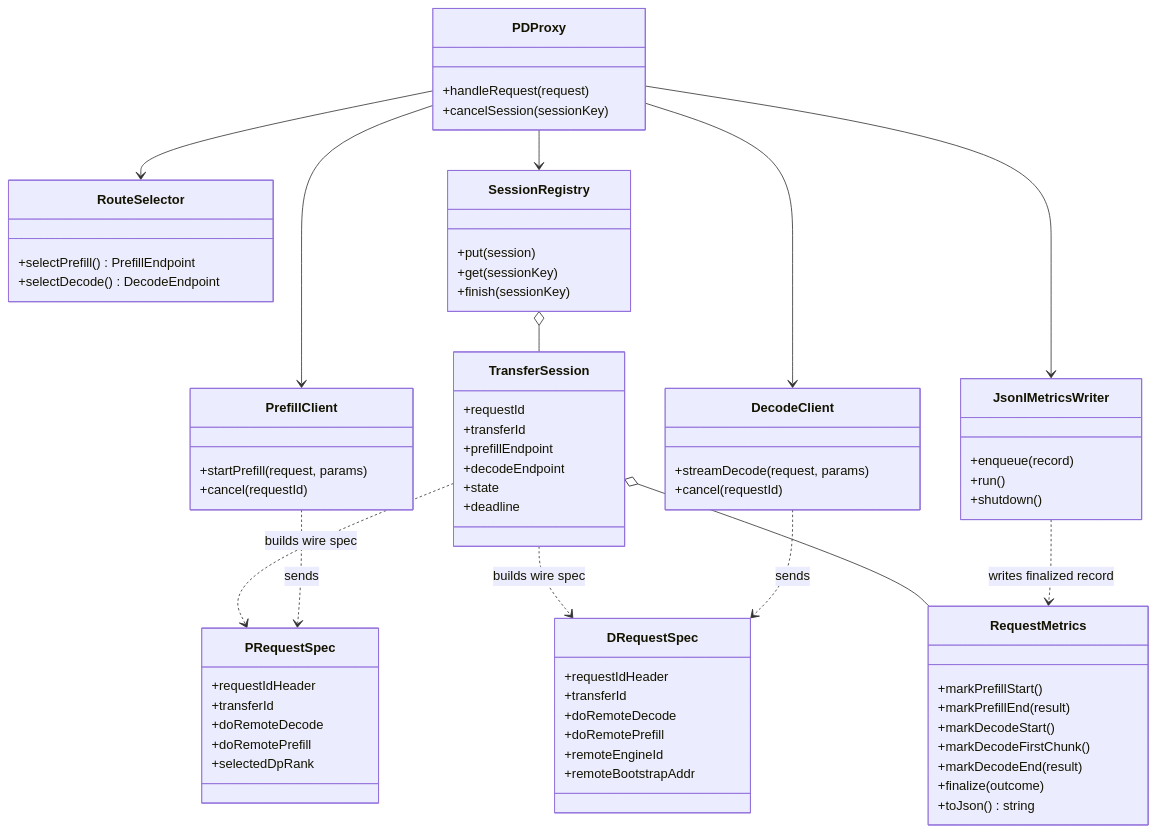
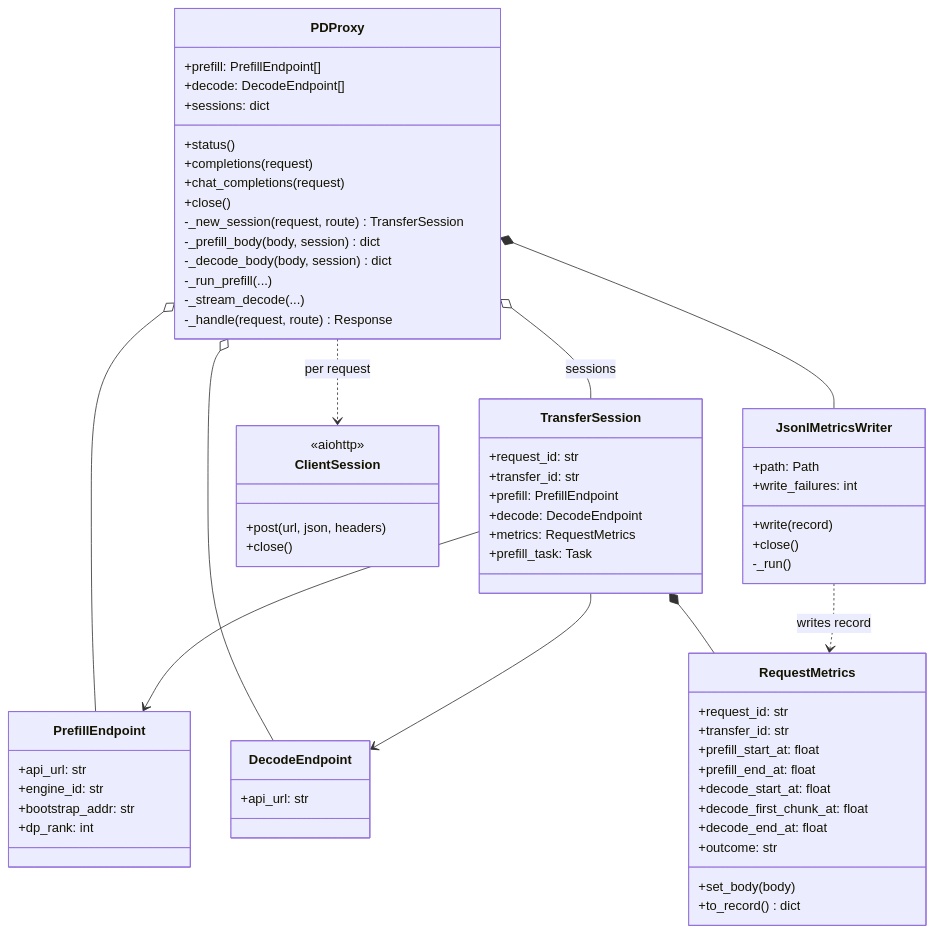
The first of 3 diagrams in docs/design/S01-proxy设计.md (WangSu-X/MTSC), drawn with Mermaid before and after one commit. The commit also changed other lines of this file and 18 other files, not shown here.

````diff
--- a/docs/design/S01-proxy设计.md
+++ b/docs/design/S01-proxy设计.md
@@ -21,74 +21,69 @@
 ```mermaid
 classDiagram
     class PDProxy {
-        +handleRequest(request)
-        +cancelSession(sessionKey)
-    }
-    class RouteSelector {
-        +selectPrefill() PrefillEndpoint
-        +selectDecode() DecodeEndpoint
+        +prefill: PrefillEndpoint[]
+        +decode: DecodeEndpoint[]
+        +sessions: dict
+        +status()
+        +completions(request)
+        +chat_completions(request)
+        +close()
+        -_new_session(request, route) TransferSession
+        -_prefill_body(body, session) dict
+        -_decode_body(body, session) dict
+        -_run_prefill(...)
+        -_stream_decode(...)
+        -_handle(request, route) Response
     }
     class TransferSession {
-        +requestId
-        +transferId
-        +prefillEndpoint
-        +decodeEndpoint
-        +state
-        +deadline
+        +request_id: str
+        +transfer_id: str
+        +prefill: PrefillEndpoint
+        +decode: DecodeEndpoint
+        +metrics: RequestMetrics
+        +prefill_task: Task
     }
-    class PRequestSpec {
-        +requestIdHeader
-        +transferId
-        +doRemoteDecode
-        +doRemotePrefill
-        +selectedDpRank
+    class PrefillEndpoint {
+        +api_url: str
+        +engine_id: str
+        +bootstrap_addr: str
+        +dp_rank: int
     }
-    class DRequestSpec {
-        +requestIdHeader
-        +transferId
-        +doRemoteDecode
-        +doRemotePrefill
-        +remoteEngineId
-        +remoteBootstrapAddr
-    }
-    class SessionRegistry {
-        +put(session)
-        +get(sessionKey)
-        +finish(sessionKey)
-    }
-    class PrefillClient {
-        +startPrefill(request, params)
-        +cancel(requestId)
-    }
-    class DecodeClient {
-        +streamDecode(request, params)
-        +cancel(requestId)
+    class DecodeEndpoint {
+        +api_url: str
     }
     class RequestMetrics {
-        +markPrefillStart()
-        +markPrefillEnd(result)
-        +markDecodeStart()
-        +markDecodeFirstChunk()
-        +markDecodeEnd(result)
-        +finalize(outcome)
-        +toJson() string
+        +request_id: str
+        +transfer_id: str
+        +prefill_start_at: float
+        +prefill_end_at: float
+        +decode_start_at: float
+        +decode_first_chunk_at: float
+        +decode_end_at: float
+        +outcome: str
+        +set_body(body)
+        +to_record() dict
     }
     class JsonlMetricsWriter {
-        +enqueue(record)
-        +run()
-        +shutdown()
+        +path: Path
+        +write_failures: int
+        +write(record)
+        +close()
+        -_run()
+    }
+    class ClientSession {
+        <<aiohttp>>
+        +post(url, json, headers)
+        +close()
     }
 
-    PDProxy --> RouteSelector
-    PDProxy --> SessionRegistry
-    PDProxy --> PrefillClient
-    PDProxy --> DecodeClient
-    SessionRegistry o-- TransferSession
-    TransferSession ..> PRequestSpec : builds wire spec
-    TransferSession ..> DRequestSpec : builds wire spec
-    PrefillClient ..> PRequestSpec : sends
-    DecodeClient ..> DRequestSpec : sends
-    TransferSession o-- RequestMetrics
-    PDProxy --> JsonlMetricsWriter
-    JsonlMetricsWriter ..> RequestMetrics : writes finalized record
+    PDProxy o-- PrefillEndpoint
+    PDProxy o-- DecodeEndpoint
+    PDProxy o-- TransferSession : sessions
+    PDProxy *-- JsonlMetricsWriter
+    PDProxy ..> ClientSession : per request
+    TransferSession --> PrefillEndpoint
+    TransferSession --> DecodeEndpoint
+    TransferSession *-- RequestMetrics
+    JsonlMetricsWriter ..> RequestMetrics : writes record
 ```
````
